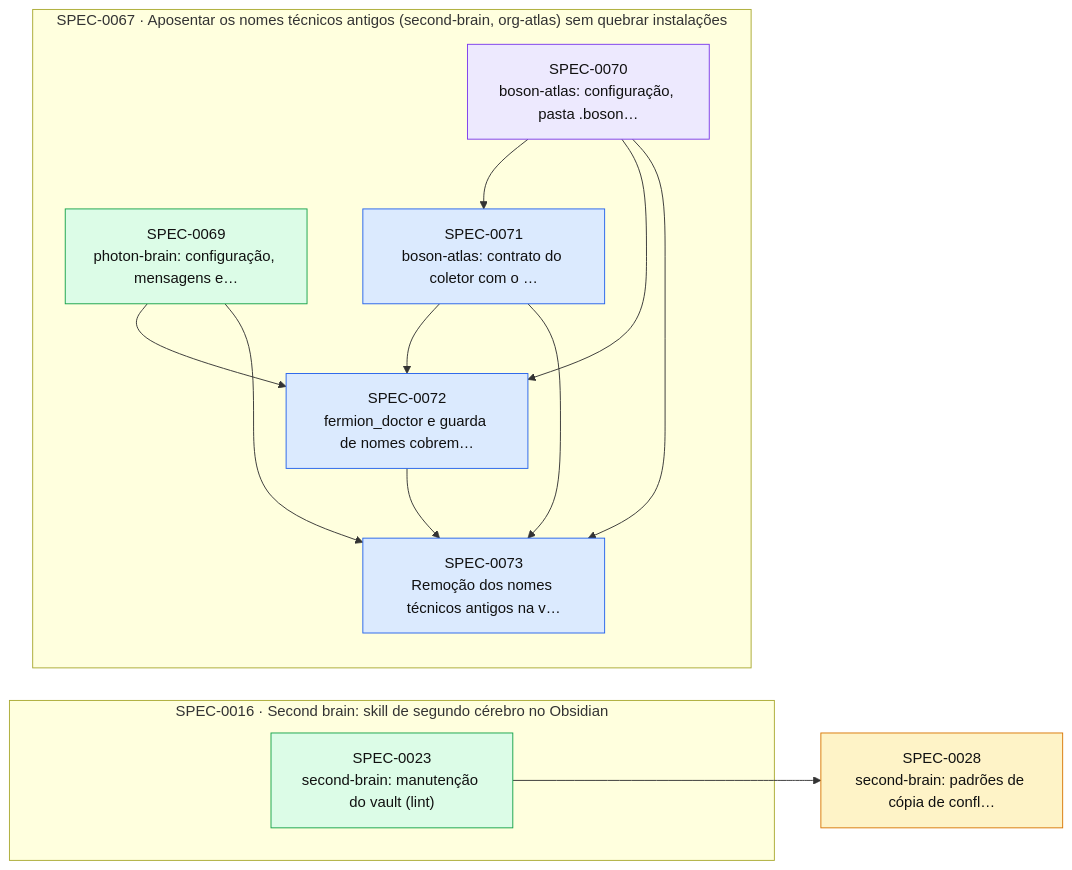
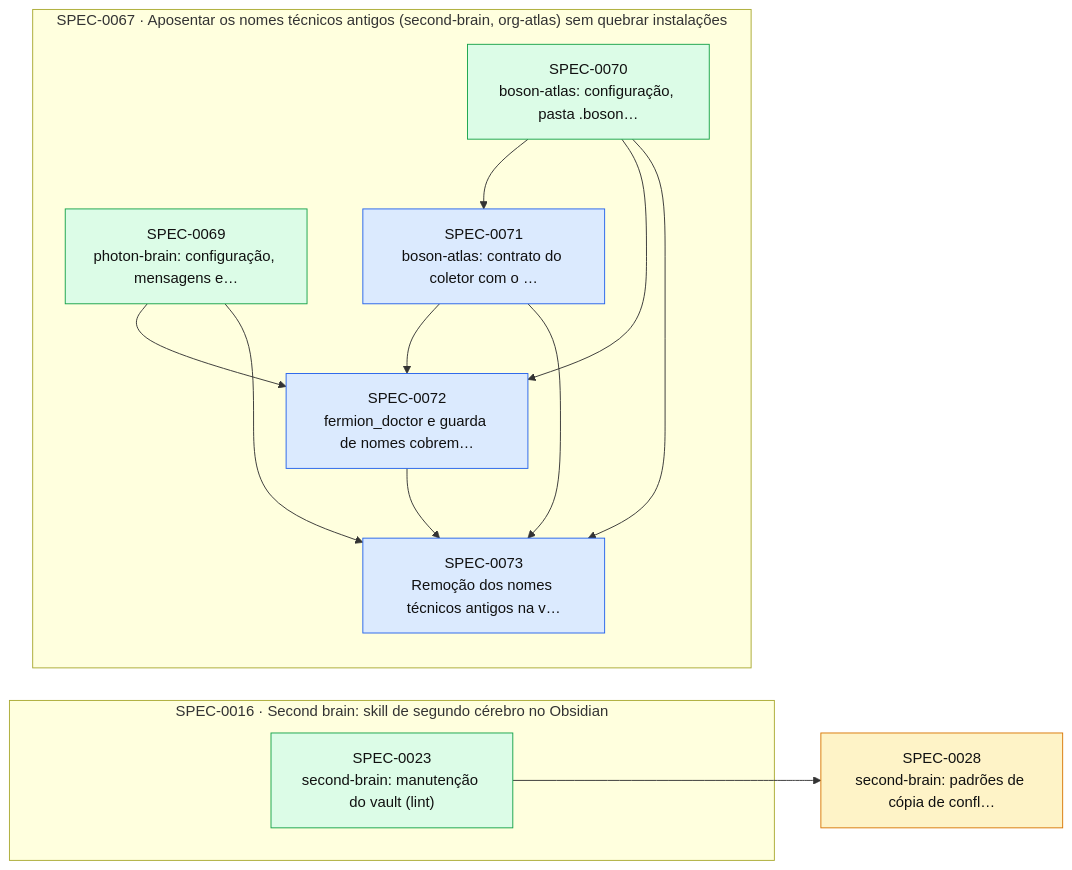
One commit to thomasravache/ai-dev-brain changed the diagram in docs/specs/INDEX.md. Above: the diagram before and after it, drawn with Mermaid. The commit also changed other lines of this file and 1 other file, not shown here.

First line of the commit message:
docs(specs): G7 e fechamento da SPEC-0070

````diff
--- a/docs/specs/INDEX.md
+++ b/docs/specs/INDEX.md
@@ -55,28 +54,28 @@
 ```mermaid
 flowchart LR
   S0028["SPEC-0028<br/>second-brain: padrões de cópia de confl…"]:::proposed
   subgraph E0016["SPEC-0016 · Second brain: skill de segundo cérebro no Obsidian"]
     S0023["SPEC-0023<br/>second-brain: manutenção do vault (lint)"]:::implemented
   end
   subgraph E0067["SPEC-0067 · Aposentar os nomes técnicos antigos (second-brain, org-atlas) sem quebrar instalações"]
     S0069["SPEC-0069<br/>photon-brain: configuração, mensagens e…"]:::implemented
-    S0070["SPEC-0070<br/>boson-atlas: configuração, pasta .boson…"]:::inprogress
+    S0070["SPEC-0070<br/>boson-atlas: configuração, pasta .boson…"]:::implemented
     S0071["SPEC-0071<br/>boson-atlas: contrato do coletor com o …"]:::approved
     S0072["SPEC-0072<br/>fermion_doctor e guarda de nomes cobrem…"]:::approved
     S0073["SPEC-0073<br/>Remoção dos nomes técnicos antigos na v…"]:::approved
   end
   S0023 --> S0028
   S0070 --> S0071
   S0069 --> S0072
   S0070 --> S0072
   S0071 --> S0072
   S0069 --> S0073
   S0070 --> S0073
   S0071 --> S0073
   S0072 --> S0073
   classDef proposed fill:#fef3c7,stroke:#d97706,color:#111
   classDef approved fill:#dbeafe,stroke:#2563eb,color:#111
   classDef inprogress fill:#ede9fe,stroke:#7c3aed,color:#111
   classDef implemented fill:#dcfce7,stroke:#16a34a,color:#111
   classDef deprecated fill:#f3f4f6,stroke:#9ca3af,color:#6b7280
 ```
````
